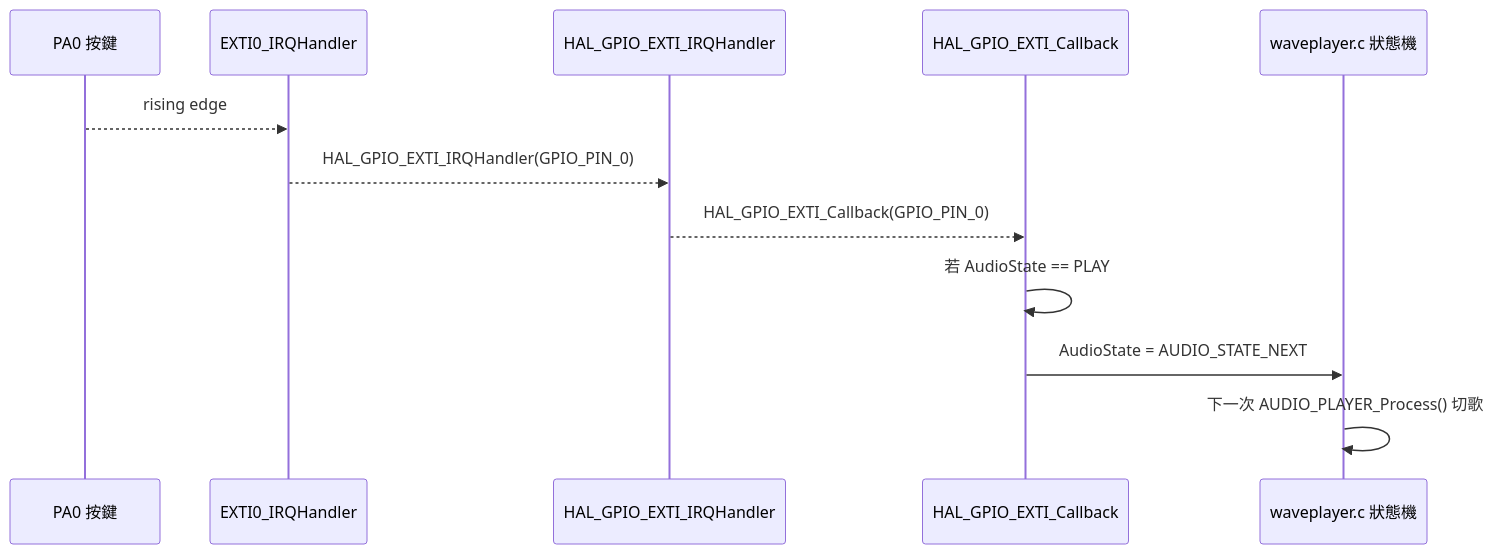
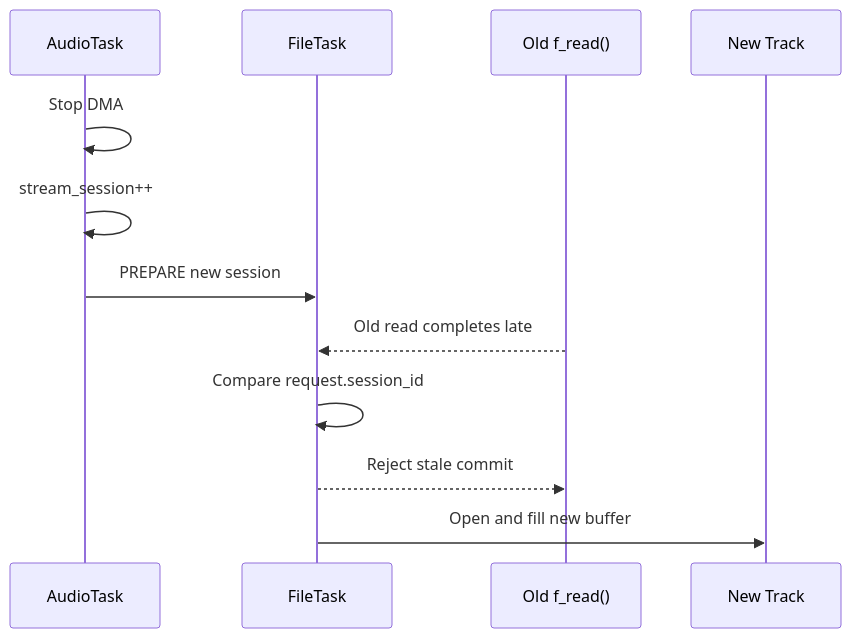
The tenth of 13 diagrams in USB_MP3/graph_mp3.md (JiaChangGit/Embedded-operating-systems-NCKU), drawn with Mermaid before and after one commit. The commit also changed other lines of this file and 72 other files, not shown here.

````diff
--- a/USB_MP3/graph_mp3.md
+++ b/USB_MP3/graph_mp3.md
@@ -401,15 +274,15 @@
 ```mermaid
 sequenceDiagram
-    participant Button as PA0 按鍵
-    participant EXTI as EXTI0_IRQHandler
-    participant HAL as HAL_GPIO_EXTI_IRQHandler
-    participant Main as HAL_GPIO_EXTI_Callback
-    participant Wave as waveplayer.c 狀態機
+    participant Audio as AudioTask
+    participant File as FileTask
+    participant Old as Old f_read()
+    participant New as New Track
 
-    Button-->>EXTI: rising edge
-    EXTI-->>HAL: HAL_GPIO_EXTI_IRQHandler(GPIO_PIN_0)
-    HAL-->>Main: HAL_GPIO_EXTI_Callback(GPIO_PIN_0)
-    Main->>Main: 若 AudioState == PLAY
-    Main->>Wave: AudioState = AUDIO_STATE_NEXT
-    Wave->>Wave: 下一次 AUDIO_PLAYER_Process() 切歌
+    Audio->>Audio: Stop DMA
+    Audio->>Audio: stream_session++
+    Audio->>File: PREPARE new session
+    Old-->>File: Old read completes late
+    File->>File: Compare request.session_id
+    File-->>Old: Reject stale commit
+    File->>New: Open and fill new buffer
 ```
````
